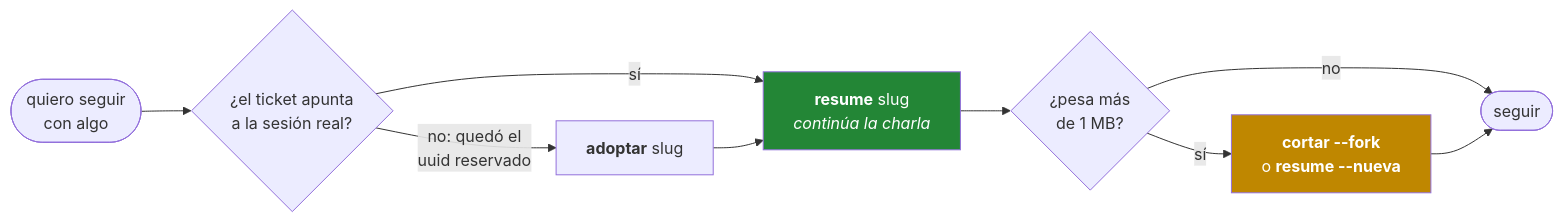
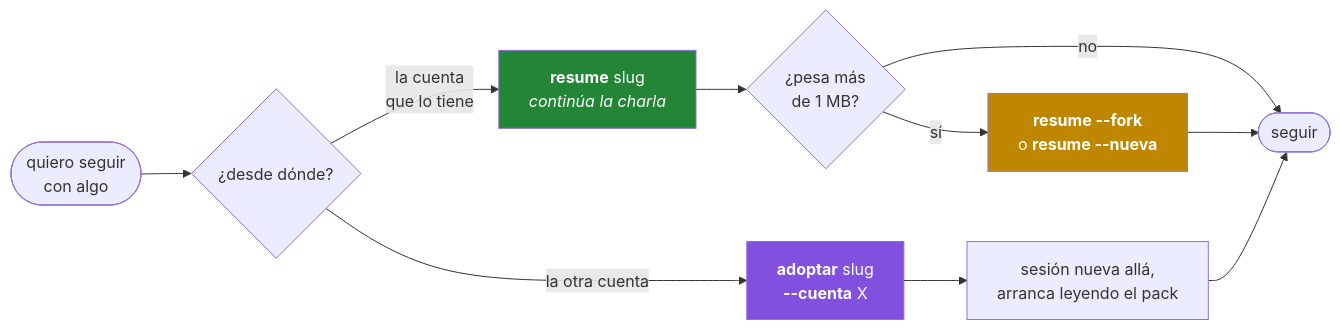
One commit to Ariel-Hab/factoria changed the third of 6 diagrams in README.md. Above: the diagram before and after it, drawn with Mermaid. The commit also changed other lines of this file and 2 other files, not shown here.

First line of the commit message:
feat: fusionar cortar en resume --fork

````diff
--- a/README.md
+++ b/README.md
@@ -136,13 +140,15 @@
 ```mermaid
 flowchart LR
-    S(["quiero seguir<br/>con algo"]) --> Q{"¿el ticket apunta<br/>a la sesión real?"}
-    Q -->|sí| R["<b>resume</b> slug<br/><i>continúa la charla</i>"]
-    Q -->|"no: quedó el<br/>uuid reservado"| AD["<b>adoptar</b> slug"]
-    AD --> R
+    S(["quiero seguir<br/>con algo"]) --> Q{"¿desde dónde?"}
+    Q -->|"la cuenta<br/>que lo tiene"| R["<b>resume</b> slug<br/><i>continúa la charla</i>"]
+    Q -->|"la otra cuenta"| AD["<b>adoptar</b> slug<br/><b>--cuenta</b> X"]
+    AD --> NU["sesión nueva allá,<br/>arranca leyendo el pack"]
     R --> W{"¿pesa más<br/>de 1 MB?"}
     W -->|no| GO(["seguir"])
-    W -->|sí| CU["<b>cortar --fork</b><br/>o <b>resume --nueva</b>"]
+    W -->|sí| CU["<b>resume --fork</b><br/>o <b>resume --nueva</b>"]
     CU --> GO
+    NU --> GO
     style R fill:#238636,color:#fff
+    style AD fill:#8250df,color:#fff
     style CU fill:#bf8700,color:#fff
 ```
````
